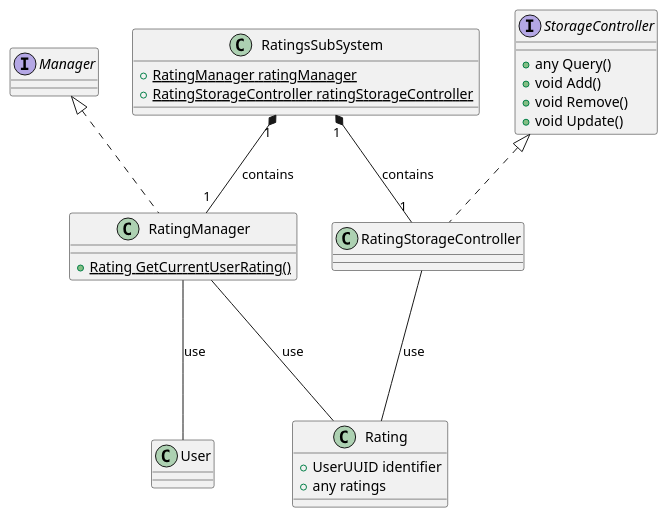
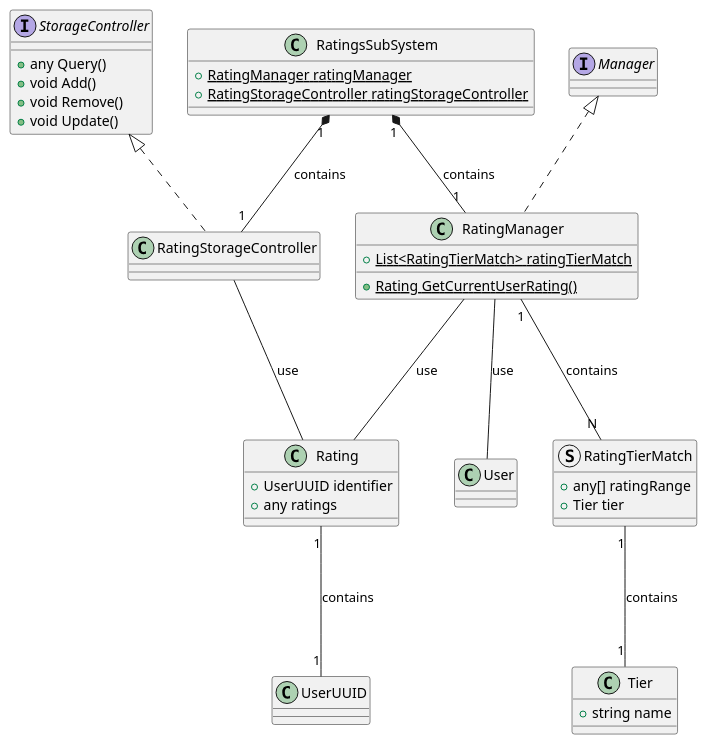
One commit to ShapeLayer/se-lecture-task__project-structure-definitions changed the diagram in src/Ratings.puml. Above: the diagram before and after it, drawn with PlantUML. The commit also changed 11 other files, not shown here.

```diff
--- a/src/Ratings.puml
+++ b/src/Ratings.puml
@@ -1,33 +1,45 @@
 @startuml
 Interface Manager
 Interface StorageController {
     + any Query()
     + void Add()
     + void Remove()
     + void Update()
 }
 
+class Tier {
+    + string name
+}
+
+struct RatingTierMatch {
+    + any[] ratingRange
+    + Tier tier
+}
+RatingTierMatch "1" --- "1" Tier : contains
+
 class Rating {
     + UserUUID identifier
     + any ratings
 }
+Rating "1" --- "1" UserUUID : contains
 
 class RatingManager implements Manager {
+    + {static} List<RatingTierMatch> ratingTierMatch
     + {static} Rating GetCurrentUserRating()
 }
-
+RatingManager "1" --- "N" RatingTierMatch : contains
 RatingManager --- User : use
 RatingManager --- Rating : use
 
 class RatingStorageController implements StorageController {}
 RatingStorageController --- Rating : use
 
 class RatingsSubSystem {
     + {static} RatingManager ratingManager
     + {static} RatingStorageController ratingStorageController
 }
 
 RatingsSubSystem "1" *-- "1" RatingManager : contains
 RatingsSubSystem "1" *-- "1" RatingStorageController : contains
 
 @enduml
```
